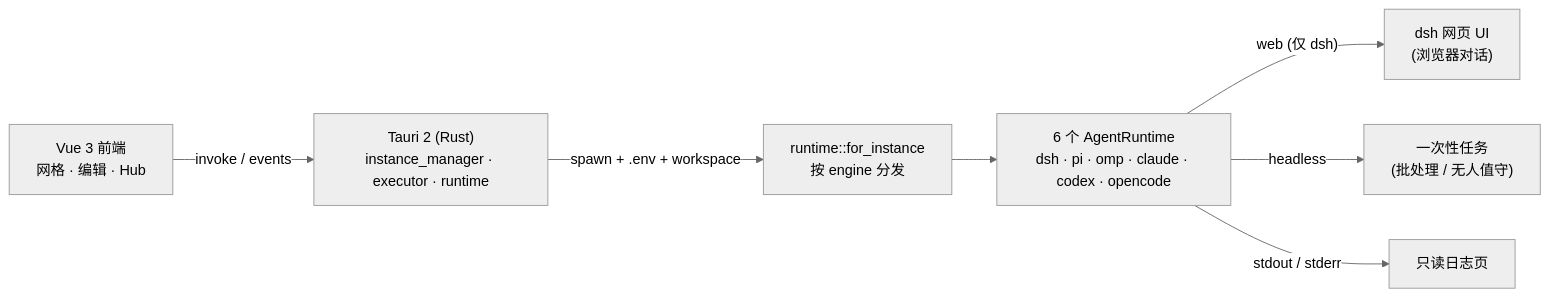
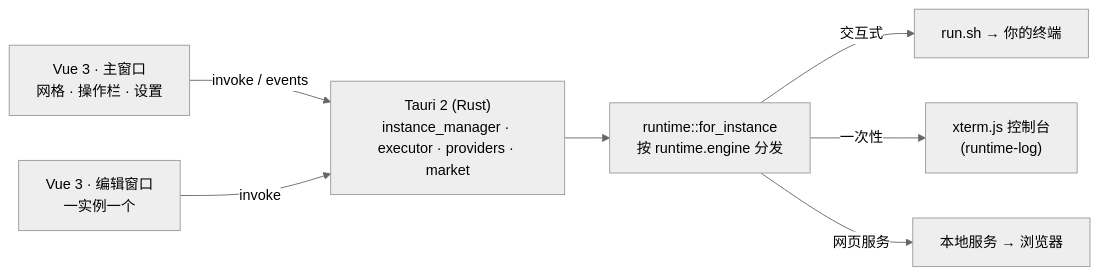
The diagram in README_zh.md (lildengzi/agentLauncher), drawn with Mermaid (neutral theme) before and after one commit. The commit also changed other lines of this file and 9 other files, not shown here.

````diff
--- a/README_zh.md
+++ b/README_zh.md
@@ -88,9 +197,9 @@
 ```mermaid
 flowchart LR
-  UI["Vue 3 前端<br/>网格 · 编辑 · Hub"] -- invoke / events --> Core["Tauri 2 (Rust)<br/>instance_manager · executor · runtime"]
-  Core -- "spawn + .env + workspace" --> RT["runtime::for_instance<br/>按 engine 分发"]
-  RT --> R6["6 个 AgentRuntime<br/>dsh · pi · omp · claude · codex · opencode"]
-  R6 -- "web (仅 dsh)" --> Web["dsh 网页 UI<br/>(浏览器对话)"]
-  R6 -- headless --> Task["一次性任务<br/>(批处理 / 无人值守)"]
-  R6 -- "stdout / stderr" --> Log["只读日志页"]
+  UI["Vue 3 · 主窗口<br/>网格 · 操作栏 · 设置"] -- "invoke / events" --> Core["Tauri 2 (Rust)<br/>instance_manager · executor · providers · market"]
+  Edit["Vue 3 · 编辑窗口<br/>一实例一个"] -- invoke --> Core
+  Core --> RT["runtime::for_instance<br/>按 runtime.engine 分发"]
+  RT -- 交互式 --> Term["run.sh → 你的终端"]
+  RT -- 一次性 --> Log["xterm.js 控制台<br/>(runtime-log)"]
+  RT -- 网页服务 --> Web["本地服务 → 浏览器"]
 ```
````
